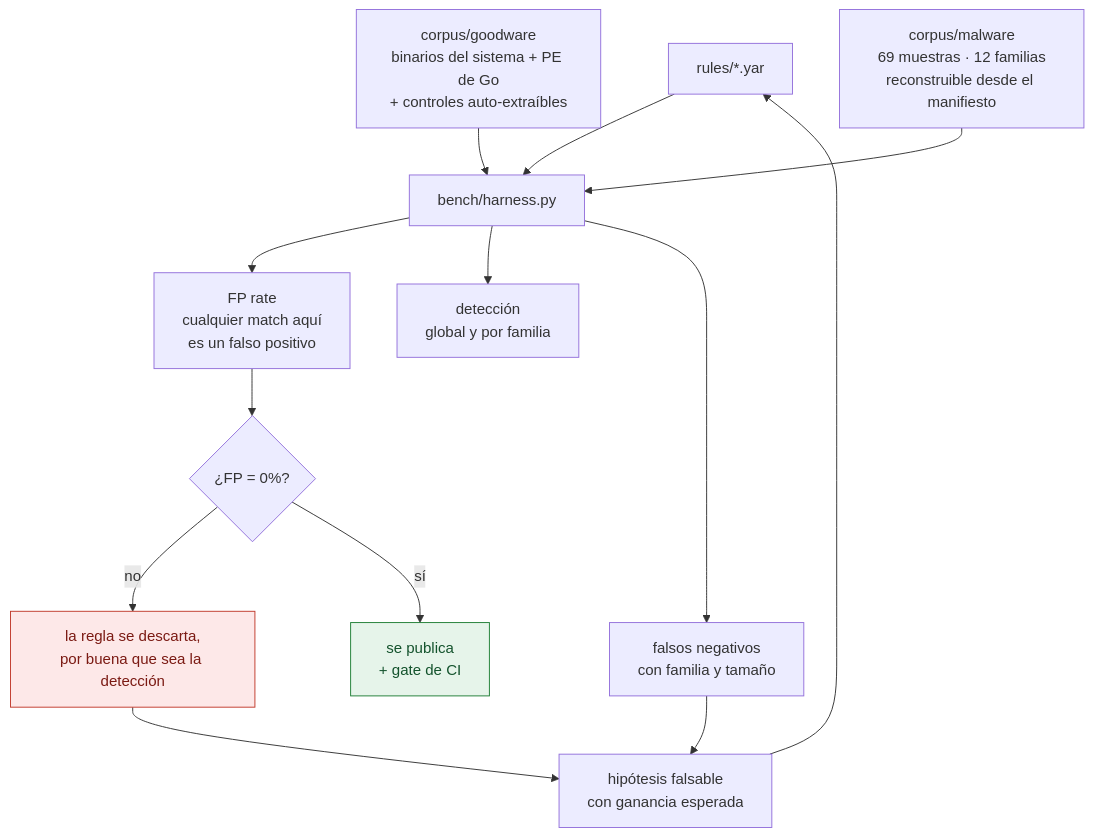
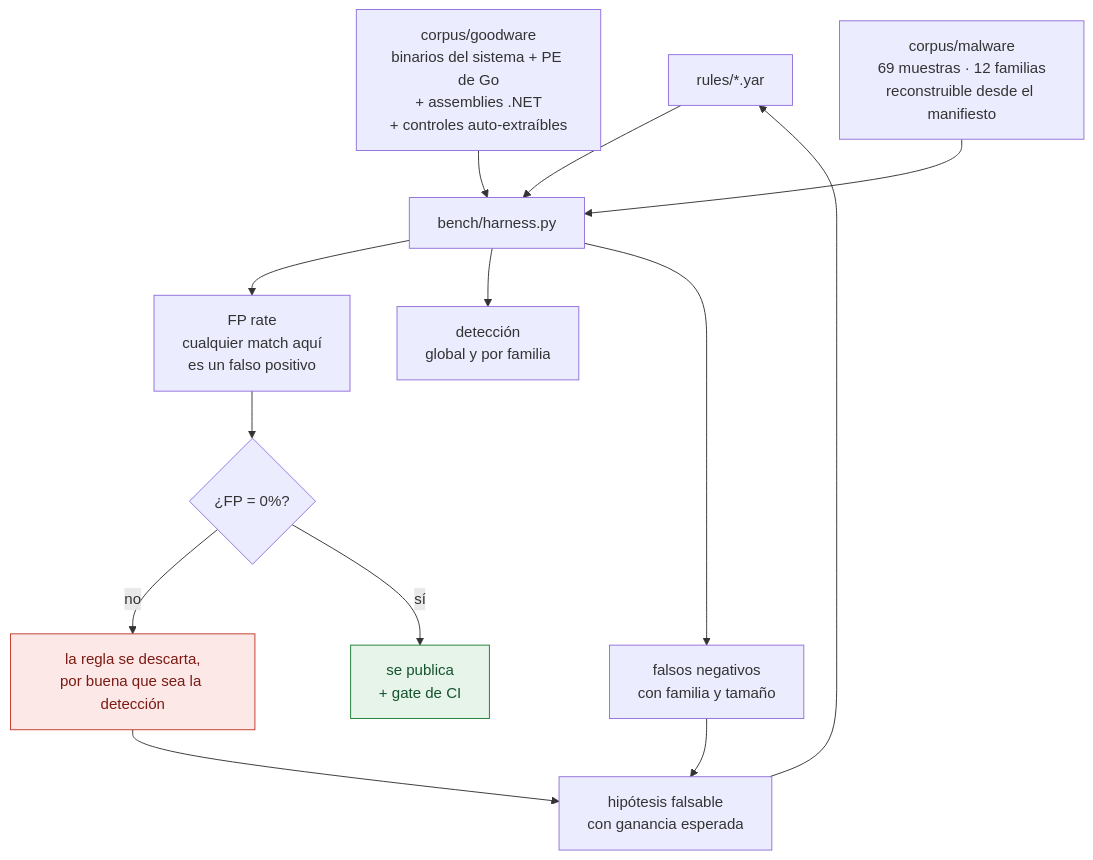
The second of 2 diagrams in README.md (jorgeress/crisol), drawn with Mermaid before and after one commit. The commit also changed other lines of this file and 14 other files, not shown here.

First line of the commit message:
Goodware .NET y regla para el loader esteganográfico de cuatro familias

````diff
--- a/README.md
+++ b/README.md
@@ -114,23 +133,23 @@
 ```mermaid
 flowchart TD
     RU["rules/*.yar"] --> H["bench/harness.py"]
-    G["corpus/goodware<br/>binarios del sistema + PE de Go<br/>+ controles auto-extraíbles"] --> H
+    G["corpus/goodware<br/>binarios del sistema + PE de Go<br/>+ assemblies .NET<br/>+ controles auto-extraíbles"] --> H
     M["corpus/malware<br/>69 muestras · 12 familias<br/>reconstruible desde el manifiesto"] --> H
 
     H --> FP["FP rate<br/>cualquier match aquí<br/>es un falso positivo"]
     H --> DE["detección<br/>global y por familia"]
     H --> FN["falsos negativos<br/>con familia y tamaño"]
 
     FP --> GATE{"¿FP = 0%?"}
     GATE -->|"no"| KILL["la regla se descarta,<br/>por buena que sea la detección"]
     GATE -->|"sí"| SHIP["se publica<br/>+ gate de CI"]
 
     FN --> HIP["hipótesis falsable<br/>con ganancia esperada"]
     HIP --> RU
     KILL --> HIP
 
     classDef malo fill:#fde8e8,stroke:#c0392b,color:#7b1a13;
     classDef bueno fill:#e6f4ea,stroke:#1e7e34,color:#14532d;
     class KILL malo
     class SHIP bueno
 ```
````
